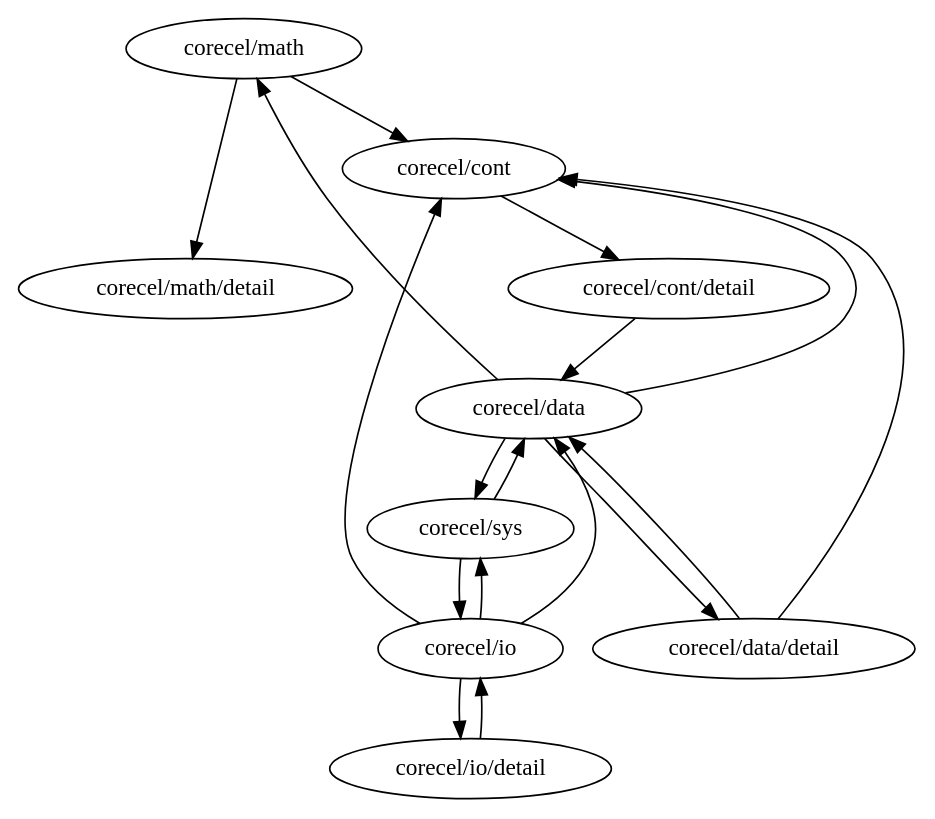
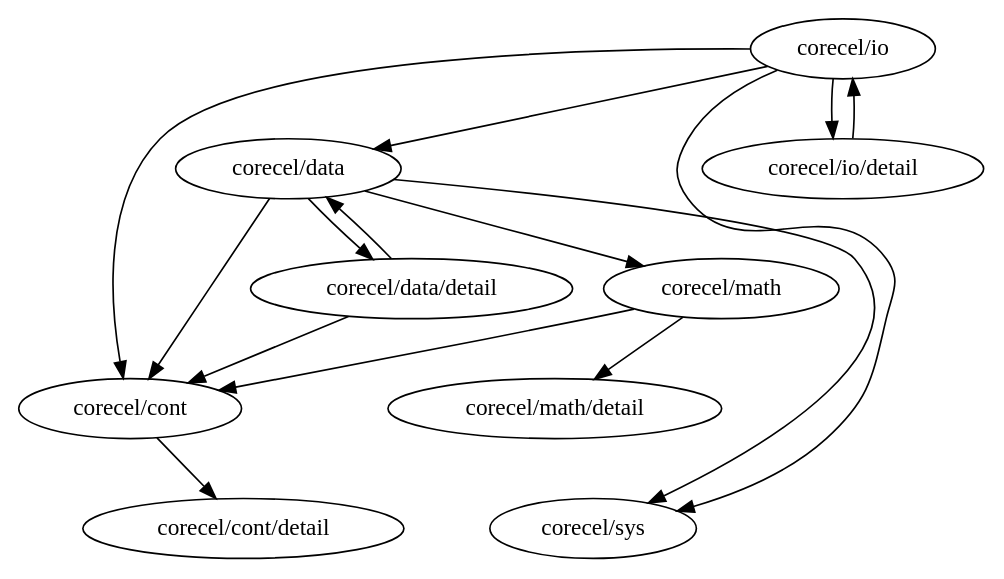
One commit to simbarras/celeritas-docs changed the diagram in nb/admin/fig/core.dot. Above: the diagram before and after it, drawn with Graphviz. The commit also changed 18 other files, not shown here.

```diff
--- a/nb/admin/fig/core.dot
+++ b/nb/admin/fig/core.dot
@@ -1,19 +1,16 @@
 digraph packages {
 "corecel/math" -> "corecel/math/detail" [weight=0.250] // [0.3333333333333333, 0.16666666666666666, 0.25]
 "corecel/math" -> "corecel/cont" [weight=0.167] // [0.16666666666666666]
 "corecel/data" -> "corecel/cont" [weight=0.300] // [0.2, 0.3333333333333333, 0.3333333333333333, 0.3333333333333333]
 "corecel/data" -> "corecel/data/detail" [weight=0.300] // [0.2, 0.3333333333333333, 0.3333333333333333, 0.3333333333333333]
 "corecel/data" -> "corecel/sys" [weight=0.333] // [0.3333333333333333]
 "corecel/io" -> "corecel/io/detail" [weight=0.567] // [1.0, 0.2, 0.5]
-"corecel/sys" -> "corecel/data" [weight=0.321] // [0.14285714285714285, 0.5]
 "corecel/cont" -> "corecel/cont/detail" [weight=0.750] // [1.0, 0.5]
 "corecel/io" -> "corecel/cont" [weight=0.350] // [0.2, 0.5]
 "corecel/io" -> "corecel/data" [weight=0.200] // [0.2]
 "corecel/io" -> "corecel/sys" [weight=0.250] // [0.25]
 "corecel/data" -> "corecel/math" [weight=0.500] // [0.5]
 "corecel/data/detail" -> "corecel/data" [weight=0.200] // [0.2]
 "corecel/data/detail" -> "corecel/cont" [weight=0.225] // [0.2, 0.25]
-"corecel/cont/detail" -> "corecel/data" [weight=0.333] // [0.3333333333333333]
-"corecel/sys" -> "corecel/io" [weight=1.000] // [1.0]
 "corecel/io/detail" -> "corecel/io" [weight=1.000] // [1.0]
 }
```
